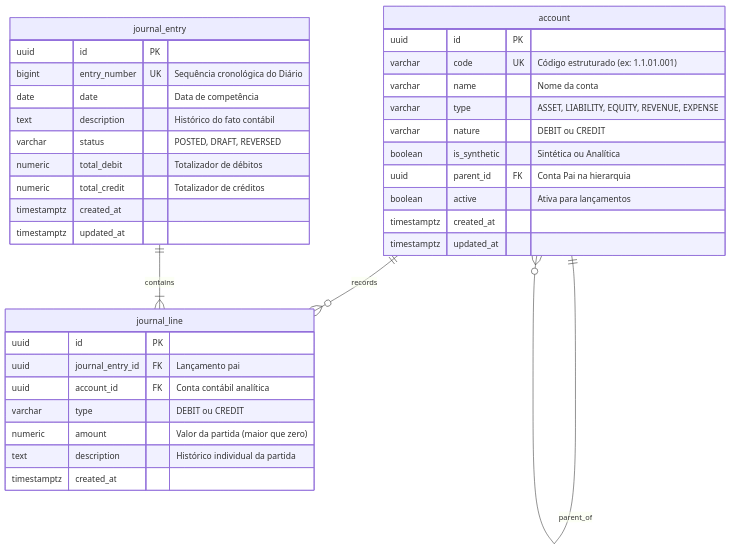
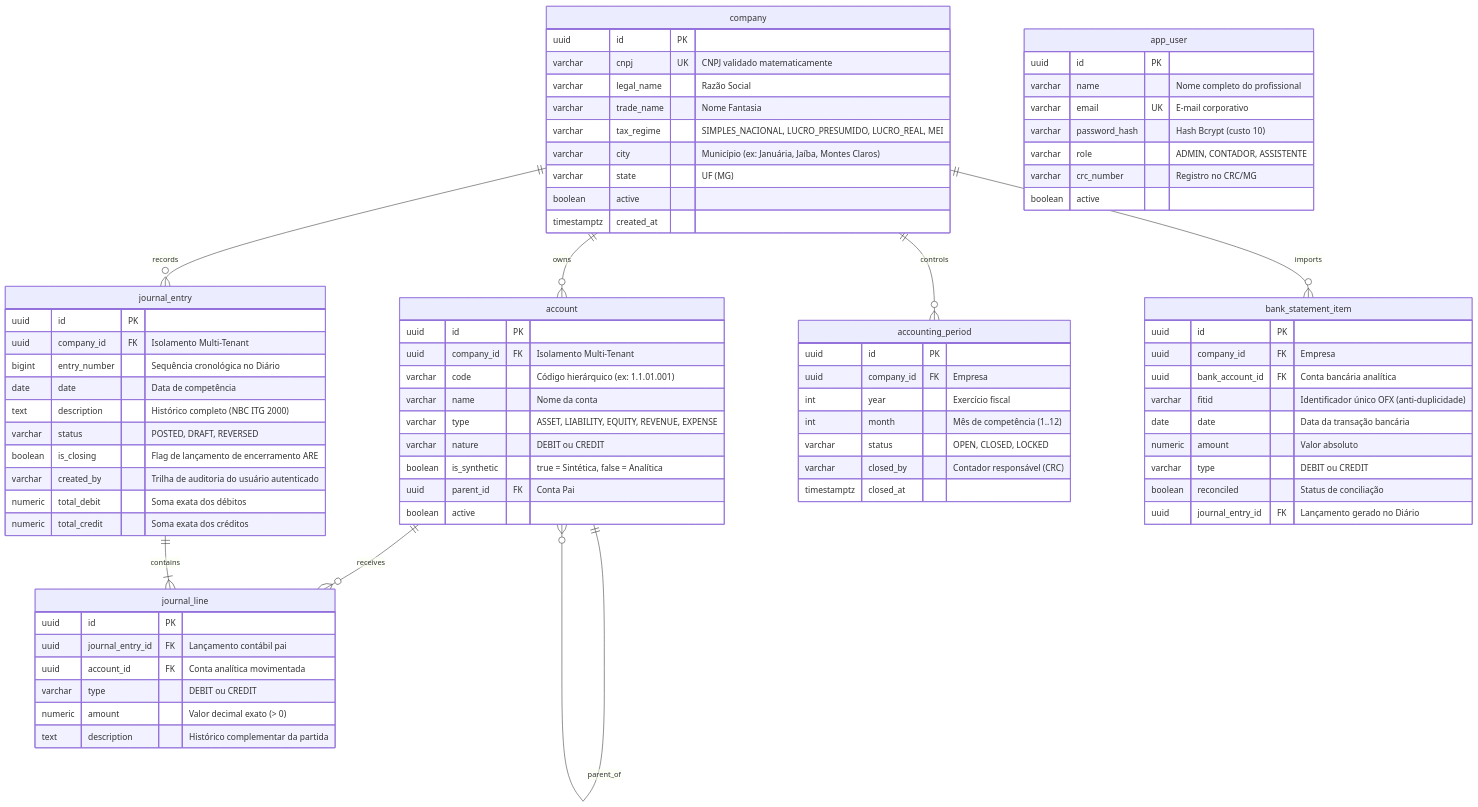
One commit to matheus-sl2/nortabil changed the second of 2 diagrams in docs/ARQUITETURA.md. Above: the diagram before and after it, drawn with Mermaid. The commit also changed other lines of this file, not shown here.

Commit message:
docs(arquitetura): atualizar diagramas Mermaid de arquitetura e DER relacional multi-tenant

````diff
--- a/docs/ARQUITETURA.md
+++ b/docs/ARQUITETURA.md
@@ -59,41 +70,88 @@
 ```mermaid
 erDiagram
+    company ||--o{ account : "owns"
+    company ||--o{ journal_entry : "records"
+    company ||--o{ accounting_period : "controls"
+    company ||--o{ bank_statement_item : "imports"
     account ||--o{ account : "parent_of"
-    account ||--o{ journal_line : "records"
+    account ||--o{ journal_line : "receives"
     journal_entry ||--|{ journal_line : "contains"
+
+    company {
+        uuid id PK
+        varchar cnpj UK "CNPJ validado matematicamente"
+        varchar legal_name "Razão Social"
+        varchar trade_name "Nome Fantasia"
+        varchar tax_regime "SIMPLES_NACIONAL, LUCRO_PRESUMIDO, LUCRO_REAL, MEI"
+        varchar city "Município (ex: Januária, Jaíba, Montes Claros)"
+        varchar state "UF (MG)"
+        boolean active
+        timestamptz created_at
+    }
+
+    app_user {
+        uuid id PK
+        varchar name "Nome completo do profissional"
+        varchar email UK "E-mail corporativo"
+        varchar password_hash "Hash Bcrypt (custo 10)"
+        varchar role "ADMIN, CONTADOR, ASSISTENTE"
+        varchar crc_number "Registro no CRC/MG"
+        boolean active
+    }
 
     account {
         uuid id PK
-        varchar code UK "Código estruturado (ex: 1.1.01.001)"
+        uuid company_id FK "Isolamento Multi-Tenant"
+        varchar code "Código hierárquico (ex: 1.1.01.001)"
         varchar name "Nome da conta"
         varchar type "ASSET, LIABILITY, EQUITY, REVENUE, EXPENSE"
         varchar nature "DEBIT ou CREDIT"
-        boolean is_synthetic "Sintética ou Analítica"
-        uuid parent_id FK "Conta Pai na hierarquia"
-        boolean active "Ativa para lançamentos"
-        timestamptz created_at
-        timestamptz updated_at
+        boolean is_synthetic "true = Sintética, false = Analítica"
+        uuid parent_id FK "Conta Pai"
+        boolean active
     }
 
     journal_entry {
         uuid id PK
-        bigint entry_number UK "Sequência cronológica do Diário"
+        uuid company_id FK "Isolamento Multi-Tenant"
+        bigint entry_number "Sequência cronológica no Diário"
         date date "Data de competência"
-        text description "Histórico do fato contábil"
+        text description "Histórico completo (NBC ITG 2000)"
         varchar status "POSTED, DRAFT, REVERSED"
-        numeric total_debit "Totalizador de débitos"
-        numeric total_credit "Totalizador de créditos"
-        timestamptz created_at
-        timestamptz updated_at
+        boolean is_closing "Flag de lançamento de encerramento ARE"
+        varchar created_by "Trilha de auditoria do usuário autenticado"
+        numeric total_debit "Soma exata dos débitos"
+        numeric total_credit "Soma exata dos créditos"
     }
 
     journal_line {
         uuid id PK
-        uuid journal_entry_id FK "Lançamento pai"
-        uuid account_id FK "Conta contábil analítica"
+        uuid journal_entry_id FK "Lançamento contábil pai"
+        uuid account_id FK "Conta analítica movimentada"
         varchar type "DEBIT ou CREDIT"
-        numeric amount "Valor da partida (maior que zero)"
-        text description "Histórico individual da partida"
-        timestamptz created_at
+        numeric amount "Valor decimal exato (> 0)"
+        text description "Histórico complementar da partida"
+    }
+
+    accounting_period {
+        uuid id PK
+        uuid company_id FK "Empresa"
+        int year "Exercício fiscal"
+        int month "Mês de competência (1..12)"
+        varchar status "OPEN, CLOSED, LOCKED"
+        varchar closed_by "Contador responsável (CRC)"
+        timestamptz closed_at
+    }
+
+    bank_statement_item {
+        uuid id PK
+        uuid company_id FK "Empresa"
+        uuid bank_account_id FK "Conta bancária analítica"
+        varchar fitid "Identificador único OFX (anti-duplicidade)"
+        date date "Data da transação bancária"
+        numeric amount "Valor absoluto"
+        varchar type "DEBIT ou CREDIT"
+        boolean reconciled "Status de conciliação"
+        uuid journal_entry_id FK "Lançamento gerado no Diário"
     }
 ```
````
